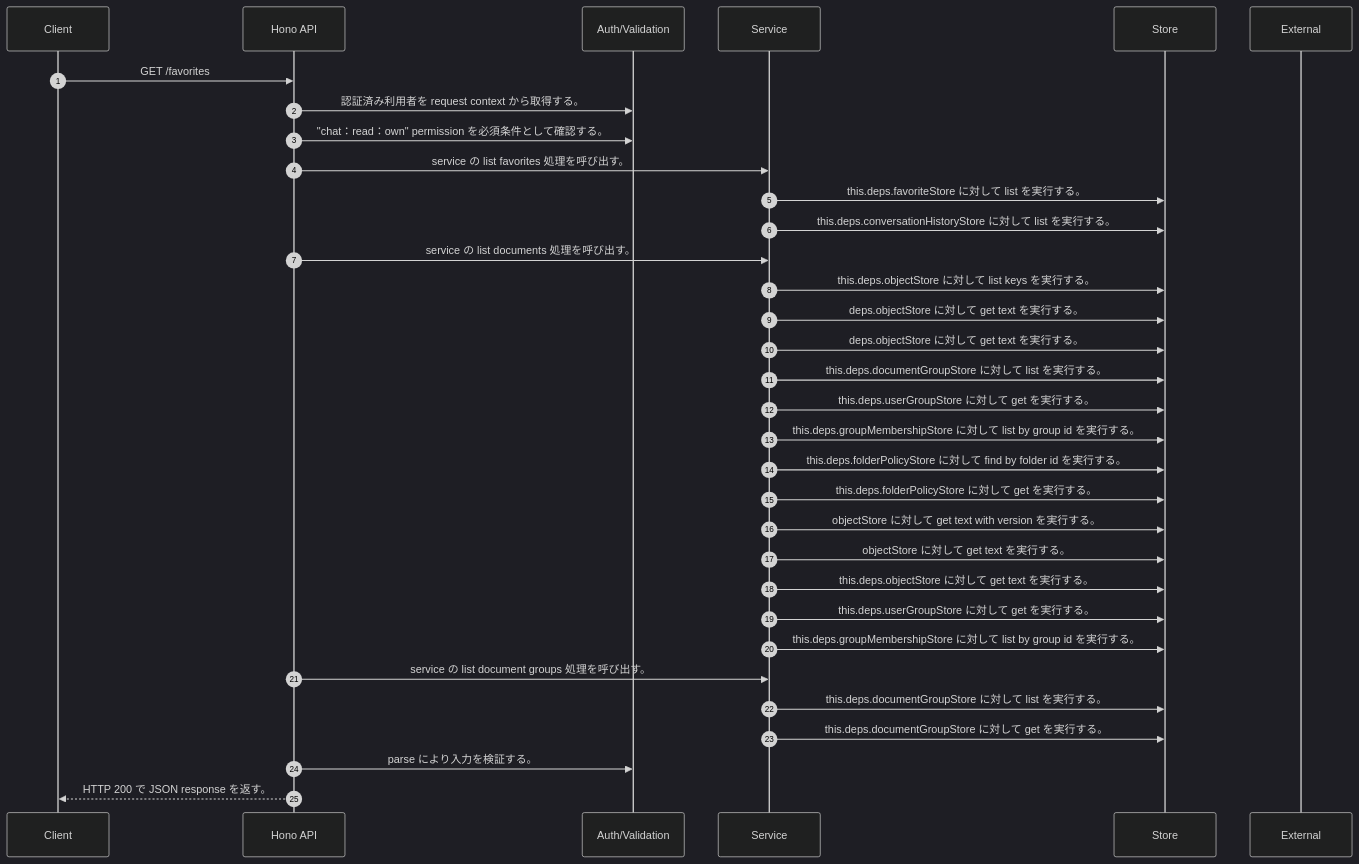
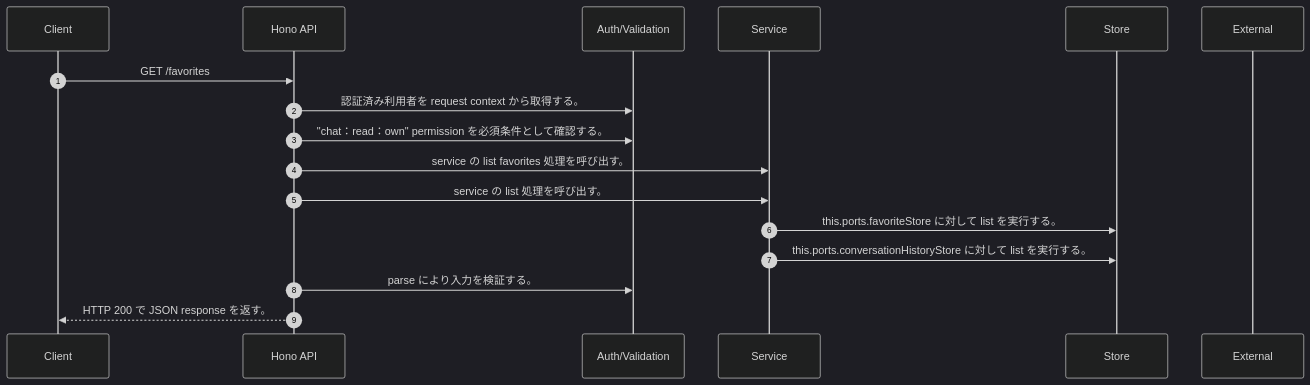
Before and after one commit to tsuji-tomonori/rag-assist: the diagram in docs/generated/api-code/get-favorites/sequence_gen.md, drawn with Mermaid (dark theme). The commit also changed other lines of this file and 317 other files, not shown here.

````diff
--- a/docs/generated/api-code/get-favorites/sequence_gen.md
+++ b/docs/generated/api-code/get-favorites/sequence_gen.md
@@ -7,35 +7,19 @@
 ```mermaid
 sequenceDiagram
   autonumber
   participant Client as Client
   participant API as Hono API
   participant Auth as Auth/Validation
   participant Service as Service
   participant Store as Store
   participant External as External
   Client->>API: GET /favorites
   API->>Auth: 認証済み利用者を request context から取得する。
   API->>Auth: "chat：read：own" permission を必須条件として確認する。
   API->>Service: service の list favorites 処理を呼び出す。
-  Service->>Store: this.deps.favoriteStore に対して list を実行する。
-  Service->>Store: this.deps.conversationHistoryStore に対して list を実行する。
-  API->>Service: service の list documents 処理を呼び出す。
-  Service->>Store: this.deps.objectStore に対して list keys を実行する。
-  Service->>Store: deps.objectStore に対して get text を実行する。
-  Service->>Store: deps.objectStore に対して get text を実行する。
-  Service->>Store: this.deps.documentGroupStore に対して list を実行する。
-  Service->>Store: this.deps.userGroupStore に対して get を実行する。
-  Service->>Store: this.deps.groupMembershipStore に対して list by group id を実行する。
-  Service->>Store: this.deps.folderPolicyStore に対して find by folder id を実行する。
-  Service->>Store: this.deps.folderPolicyStore に対して get を実行する。
-  Service->>Store: objectStore に対して get text with version を実行する。
-  Service->>Store: objectStore に対して get text を実行する。
-  Service->>Store: this.deps.objectStore に対して get text を実行する。
-  Service->>Store: this.deps.userGroupStore に対して get を実行する。
-  Service->>Store: this.deps.groupMembershipStore に対して list by group id を実行する。
-  API->>Service: service の list document groups 処理を呼び出す。
-  Service->>Store: this.deps.documentGroupStore に対して list を実行する。
-  Service->>Store: this.deps.documentGroupStore に対して get を実行する。
+  API->>Service: service の list 処理を呼び出す。
+  Service->>Store: this.ports.favoriteStore に対して list を実行する。
+  Service->>Store: this.ports.conversationHistoryStore に対して list を実行する。
   API->>Auth: parse により入力を検証する。
   API-->>Client: HTTP 200 で JSON response を返す。
 ```
````
